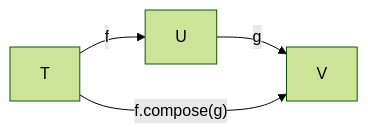
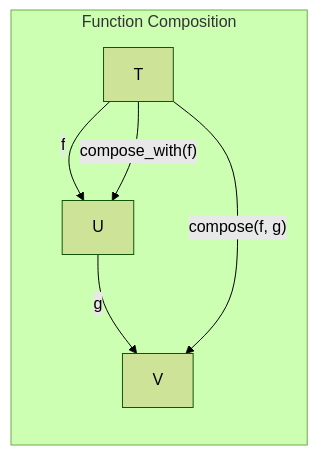
The third of 7 diagrams in docs/category_theory.md (but212/rustica), drawn with Mermaid (forest theme) before and after one commit. The commit also changed other lines of this file and 31 other files, not shown here.

````diff
--- a/docs/category_theory.md
+++ b/docs/category_theory.md
@@ -38,6 +87,9 @@
 ```mermaid
 flowchart LR
-    T --> |"f"| U
-    U --> |"g"| V
-    T --> |"f.compose(g)"| V
+    subgraph Function Composition
+        T --> |"f"| U
+        U --> |"g"| V
+        T --> |"compose(f, g)"| V
+        T --> |"compose_with(f)"| U
+    end
 ```
````
